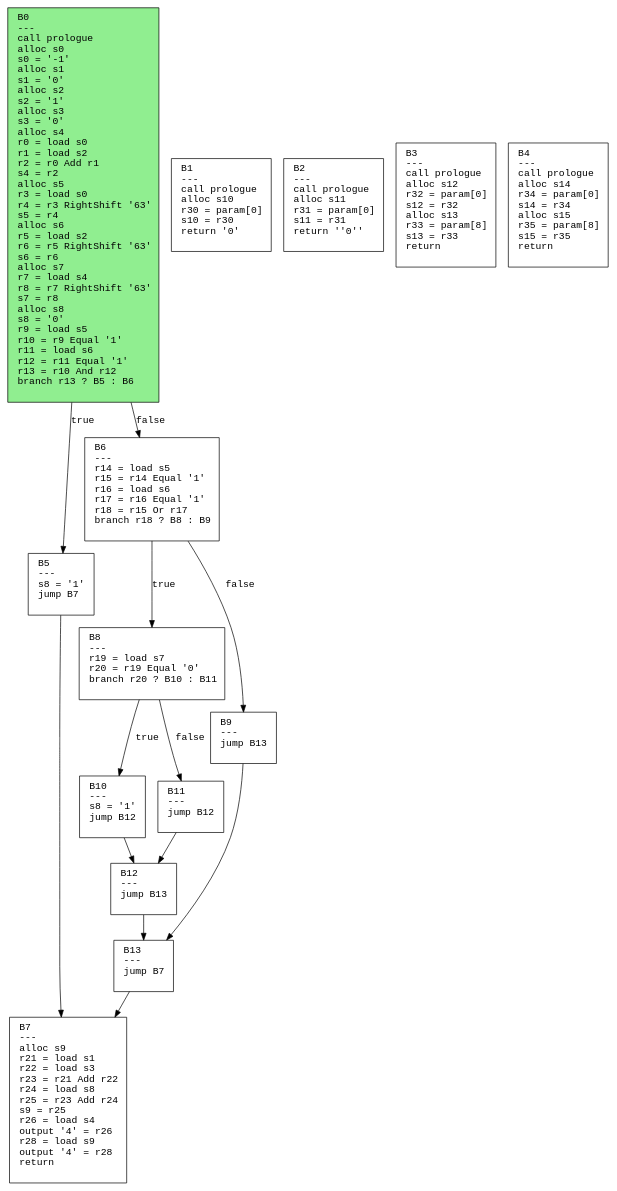
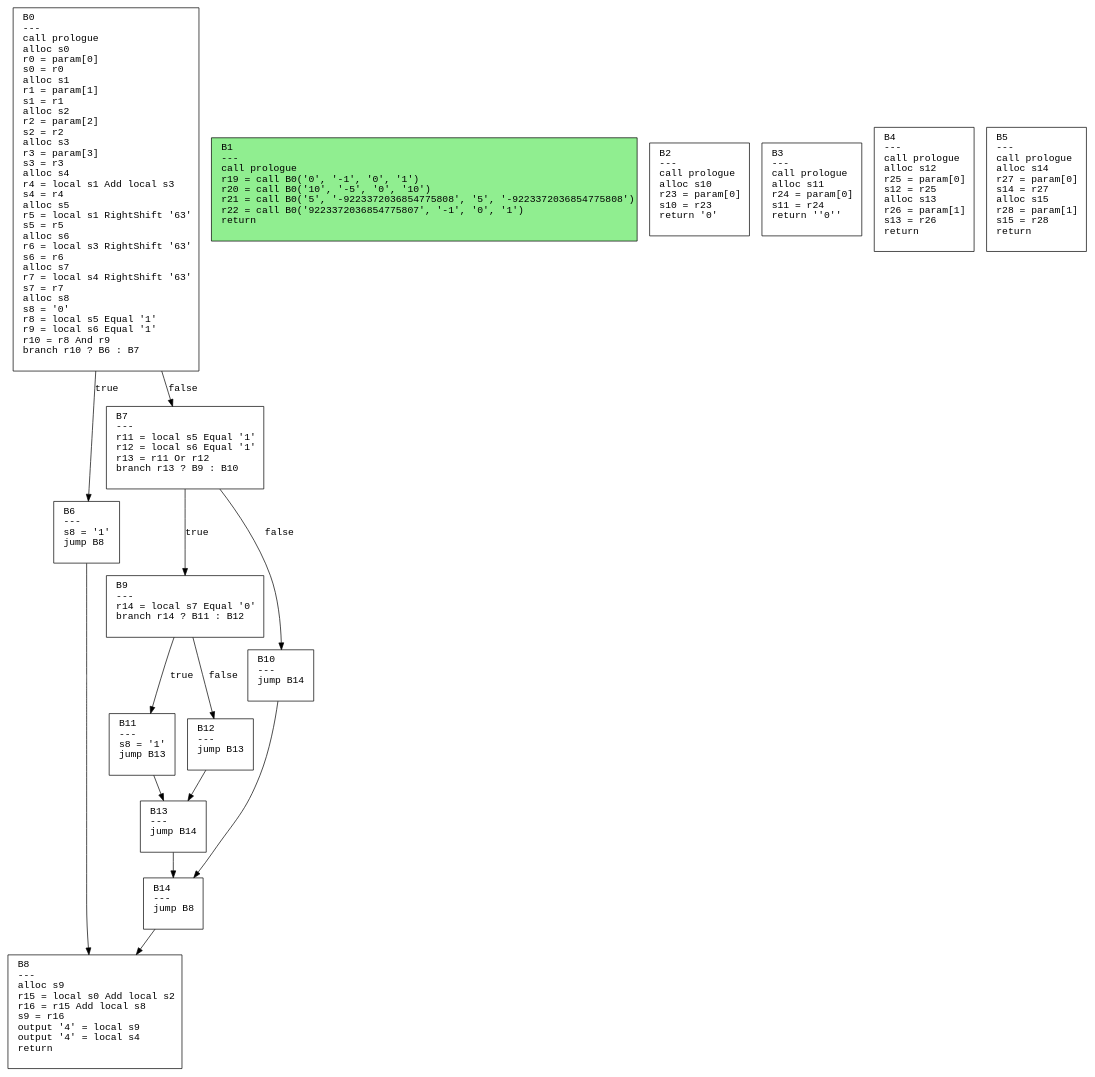
Before and after one commit to safarislava/ProcTranslator: the diagram in output/double.dot, drawn with Graphviz. The commit also changed 38 other files, not shown here.

```diff
--- a/output/double.dot
+++ b/output/double.dot
@@ -1,33 +1,34 @@
 digraph CFG {
   rankdir=TB;
   node [shape=box, fontname="Courier", style=filled, fillcolor=white, margin="0.2,0.1"];
   edge [fontname="Courier"];
 
-  "B0" [label="B0\l---\lcall prologue\lalloc s0\ls0 = '-1'\lalloc s1\ls1 = '0'\lalloc s2\ls2 = '1'\lalloc s3\ls3 = '0'\lalloc s4\lr0 = load s0\lr1 = load s2\lr2 = r0 Add r1\ls4 = r2\lalloc s5\lr3 = load s0\lr4 = r3 RightShift '63'\ls5 = r4\lalloc s6\lr5 = load s2\lr6 = r5 RightShift '63'\ls6 = r6\lalloc s7\lr7 = load s4\lr8 = r7 RightShift '63'\ls7 = r8\lalloc s8\ls8 = '0'\lr9 = load s5\lr10 = r9 Equal '1'\lr11 = load s6\lr12 = r11 Equal '1'\lr13 = r10 And r12\lbranch r13 ? B5 : B6\l "];
-  "B1" [label="B1\l---\lcall prologue\lalloc s10\lr30 = param[0]\ls10 = r30\lreturn '0'\l "];
-  "B2" [label="B2\l---\lcall prologue\lalloc s11\lr31 = param[0]\ls11 = r31\lreturn ''0''\l "];
-  "B3" [label="B3\l---\lcall prologue\lalloc s12\lr32 = param[0]\ls12 = r32\lalloc s13\lr33 = param[8]\ls13 = r33\lreturn\l "];
-  "B4" [label="B4\l---\lcall prologue\lalloc s14\lr34 = param[0]\ls14 = r34\lalloc s15\lr35 = param[8]\ls15 = r35\lreturn\l "];
-  "B5" [label="B5\l---\ls8 = '1'\ljump B7\l "];
-  "B6" [label="B6\l---\lr14 = load s5\lr15 = r14 Equal '1'\lr16 = load s6\lr17 = r16 Equal '1'\lr18 = r15 Or r17\lbranch r18 ? B8 : B9\l "];
-  "B7" [label="B7\l---\lalloc s9\lr21 = load s1\lr22 = load s3\lr23 = r21 Add r22\lr24 = load s8\lr25 = r23 Add r24\ls9 = r25\lr26 = load s4\loutput '4' = r26\lr28 = load s9\loutput '4' = r28\lreturn\l "];
-  "B8" [label="B8\l---\lr19 = load s7\lr20 = r19 Equal '0'\lbranch r20 ? B10 : B11\l "];
-  "B9" [label="B9\l---\ljump B13\l "];
-  "B10" [label="B10\l---\ls8 = '1'\ljump B12\l "];
-  "B11" [label="B11\l---\ljump B12\l "];
+  "B0" [label="B0\l---\lcall prologue\lalloc s0\lr0 = param[0]\ls0 = r0\lalloc s1\lr1 = param[1]\ls1 = r1\lalloc s2\lr2 = param[2]\ls2 = r2\lalloc s3\lr3 = param[3]\ls3 = r3\lalloc s4\lr4 = local s1 Add local s3\ls4 = r4\lalloc s5\lr5 = local s1 RightShift '63'\ls5 = r5\lalloc s6\lr6 = local s3 RightShift '63'\ls6 = r6\lalloc s7\lr7 = local s4 RightShift '63'\ls7 = r7\lalloc s8\ls8 = '0'\lr8 = local s5 Equal '1'\lr9 = local s6 Equal '1'\lr10 = r8 And r9\lbranch r10 ? B6 : B7\l "];
+  "B1" [label="B1\l---\lcall prologue\lr19 = call B0('0', '-1', '0', '1')\lr20 = call B0('10', '-5', '0', '10')\lr21 = call B0('5', '-9223372036854775808', '5', '-9223372036854775808')\lr22 = call B0('9223372036854775807', '-1', '0', '1')\lreturn\l "];
+  "B2" [label="B2\l---\lcall prologue\lalloc s10\lr23 = param[0]\ls10 = r23\lreturn '0'\l "];
+  "B3" [label="B3\l---\lcall prologue\lalloc s11\lr24 = param[0]\ls11 = r24\lreturn ''0''\l "];
+  "B4" [label="B4\l---\lcall prologue\lalloc s12\lr25 = param[0]\ls12 = r25\lalloc s13\lr26 = param[1]\ls13 = r26\lreturn\l "];
+  "B5" [label="B5\l---\lcall prologue\lalloc s14\lr27 = param[0]\ls14 = r27\lalloc s15\lr28 = param[1]\ls15 = r28\lreturn\l "];
+  "B6" [label="B6\l---\ls8 = '1'\ljump B8\l "];
+  "B7" [label="B7\l---\lr11 = local s5 Equal '1'\lr12 = local s6 Equal '1'\lr13 = r11 Or r12\lbranch r13 ? B9 : B10\l "];
+  "B8" [label="B8\l---\lalloc s9\lr15 = local s0 Add local s2\lr16 = r15 Add local s8\ls9 = r16\loutput '4' = local s9\loutput '4' = local s4\lreturn\l "];
+  "B9" [label="B9\l---\lr14 = local s7 Equal '0'\lbranch r14 ? B11 : B12\l "];
+  "B10" [label="B10\l---\ljump B14\l "];
+  "B11" [label="B11\l---\ls8 = '1'\ljump B13\l "];
   "B12" [label="B12\l---\ljump B13\l "];
-  "B13" [label="B13\l---\ljump B7\l "];
-  "B0" -> "B5" [label="true"];
-  "B0" -> "B6" [label="false"];
-  "B5" -> "B7";
-  "B6" -> "B8" [label="true"];
-  "B6" -> "B9" [label="false"];
-  "B8" -> "B10" [label="true"];
-  "B8" -> "B11" [label="false"];
-  "B9" -> "B13";
-  "B10" -> "B12";
-  "B11" -> "B12";
+  "B13" [label="B13\l---\ljump B14\l "];
+  "B14" [label="B14\l---\ljump B8\l "];
+  "B0" -> "B6" [label="true"];
+  "B0" -> "B7" [label="false"];
+  "B6" -> "B8";
+  "B7" -> "B9" [label="true"];
+  "B7" -> "B10" [label="false"];
+  "B9" -> "B11" [label="true"];
+  "B9" -> "B12" [label="false"];
+  "B10" -> "B14";
+  "B11" -> "B13";
   "B12" -> "B13";
-  "B13" -> "B7";
-  "B0" [fillcolor=lightgreen];
+  "B13" -> "B14";
+  "B14" -> "B8";
+  "B1" [fillcolor=lightgreen];
 }
```
